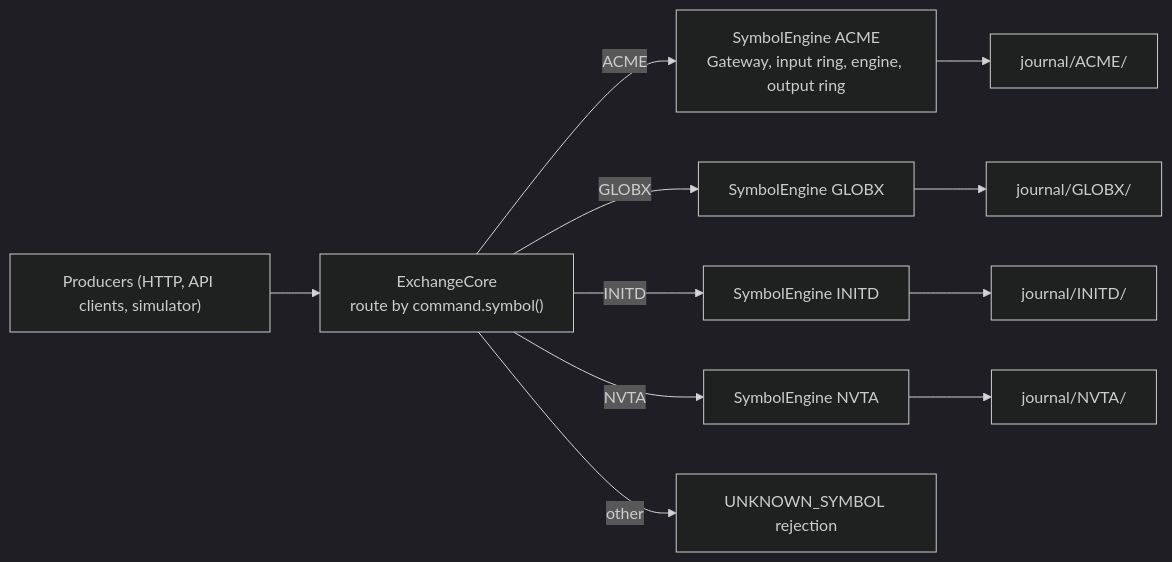
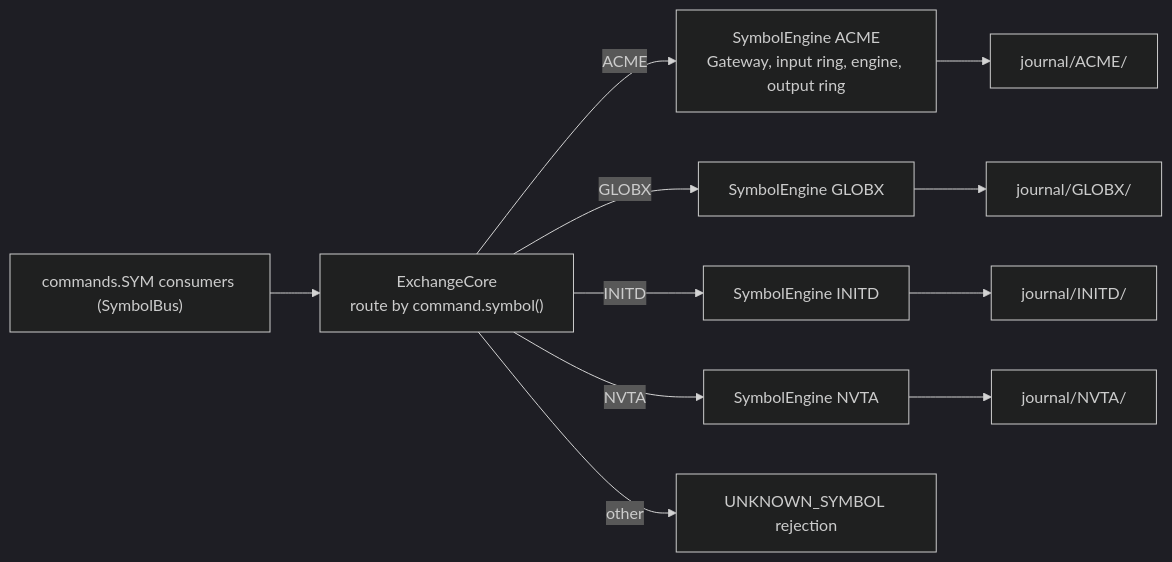
One commit to arthuryan-k/devin-demo changed the second of 8 diagrams in ARCHITECTURE.md. Above: the diagram before and after it, drawn with Mermaid (dark theme). The commit also changed other lines of this file and 1 other file, not shown here.

Commit message:
Docs: end-to-end topology, simulator and FIX gateway; drop the in-process demo

````diff
--- a/ARCHITECTURE.md
+++ b/ARCHITECTURE.md
@@ -54,13 +101,13 @@
 ```mermaid
 flowchart LR
-    C["Producers (HTTP, API clients, simulator)"] --> R["ExchangeCore<br/>route by command.symbol()"]
+    C["commands.SYM consumers (SymbolBus)"] --> R["ExchangeCore<br/>route by command.symbol()"]
     R -- "ACME" --> A["SymbolEngine ACME<br/>Gateway, input ring, engine, output ring"]
     R -- "GLOBX" --> G["SymbolEngine GLOBX"]
     R -- "INITD" --> I["SymbolEngine INITD"]
     R -- "NVTA" --> N["SymbolEngine NVTA"]
     R -- "other" --> X["UNKNOWN_SYMBOL rejection"]
     A --> JA["journal/ACME/"]
     G --> JG["journal/GLOBX/"]
     I --> JI["journal/INITD/"]
     N --> JN["journal/NVTA/"]
 ```
````
